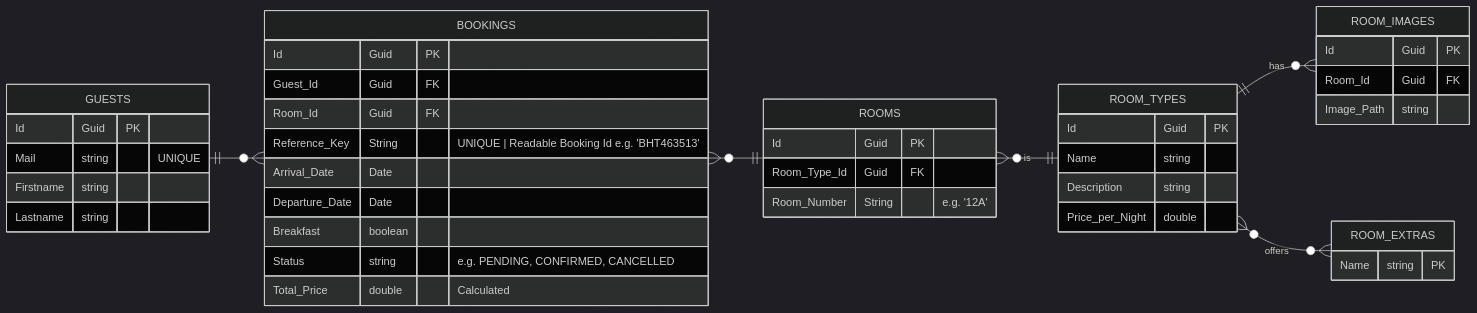
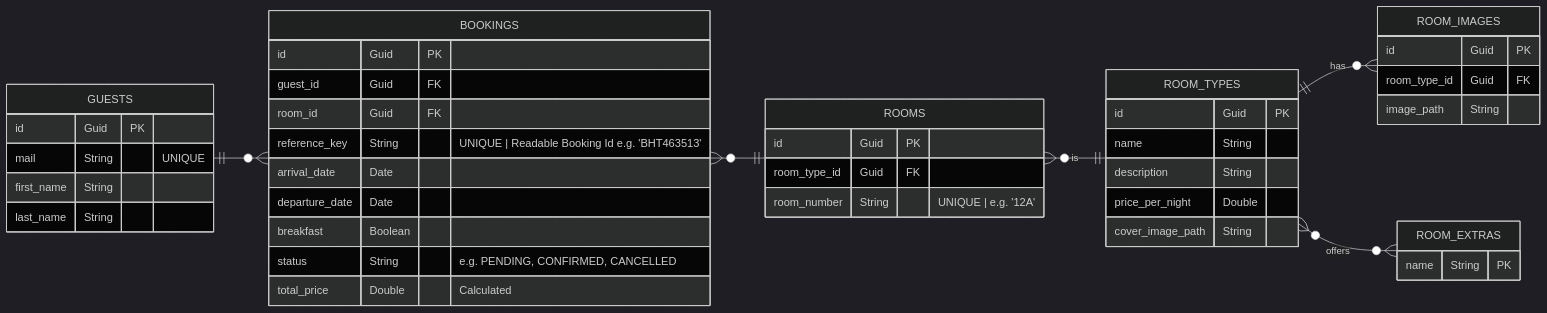
One commit to lammer-fh/semester-project-2026-mse26_team_teamarbeit changed the diagram in Documentation/DB_Design.md. Above: the diagram before and after it, drawn with Mermaid (dark theme).

Commit message:
Fixed naming of properties and datatypes in db-design

````diff
--- a/Documentation/DB_Design.md
+++ b/Documentation/DB_Design.md
@@ -1,45 +1,46 @@
 ```mermaid
     erDiagram
         direction LR
         GUESTS ||--o{ BOOKINGS: ""
         BOOKINGS }o--|| ROOMS: ""
         ROOMS }o--|| ROOM_TYPES: "is"
         ROOM_TYPES ||--o{ ROOM_IMAGES: "has"
         ROOM_TYPES }o--o{ ROOM_EXTRAS: "offers"
         GUESTS {
-            Id Guid PK
-            Mail string "UNIQUE"
-            Firstname string
-            Lastname string
+            id Guid PK
+            mail String "UNIQUE"
+            first_name String
+            last_name String
         }
         BOOKINGS {
-            Id Guid PK 
-            Guest_Id Guid FK
-            Room_Id Guid FK
-            Reference_Key String "UNIQUE | Readable Booking Id e.g. 'BHT463513'"
-            Arrival_Date Date
-            Departure_Date Date
-            Breakfast boolean
-            Status string "e.g. PENDING, CONFIRMED, CANCELLED"
-            Total_Price double "Calculated"
+            id Guid PK 
+            guest_id Guid FK
+            room_id Guid FK
+            reference_key String "UNIQUE | Readable Booking Id e.g. 'BHT463513'"
+            arrival_date Date
+            departure_date Date
+            breakfast Boolean
+            status String "e.g. PENDING, CONFIRMED, CANCELLED"
+            total_price Double "Calculated"
         }
         ROOMS {
-            Id Guid PK
-            Room_Type_Id Guid FK
-            Room_Number String "e.g. '12A'"
+            id Guid PK
+            room_type_id Guid FK
+            room_number String "UNIQUE | e.g. '12A'"
         }
         ROOM_TYPES {
-            Id Guid PK
-            Name string
-            Description string
-            Price_per_Night double
+            id Guid PK
+            name String
+            description String
+            price_per_night Double
+            cover_image_path String
         }
         ROOM_IMAGES {
-            Id Guid PK
-            Room_Id Guid FK
-            Image_Path string
+            id Guid PK
+            room_type_id Guid FK
+            image_path String
         }
         ROOM_EXTRAS {
-            Name string PK
+            name String PK
         }
 ```
````
